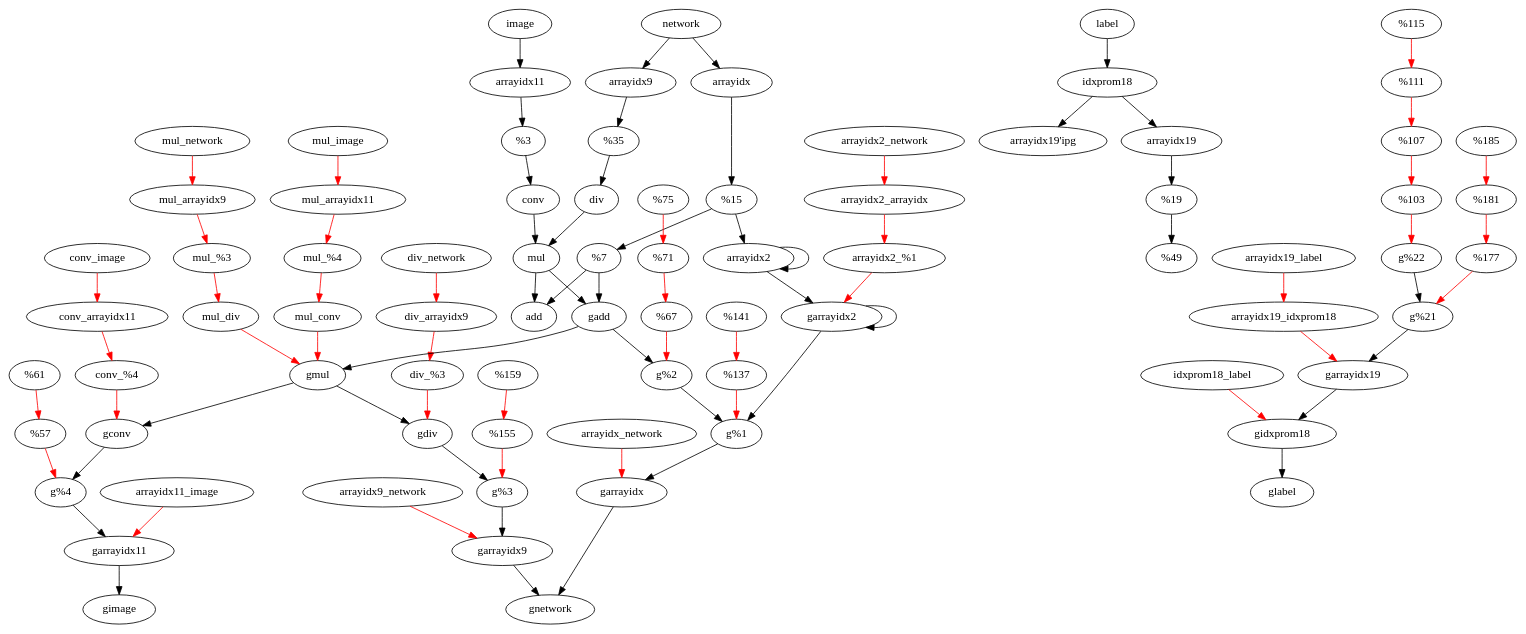
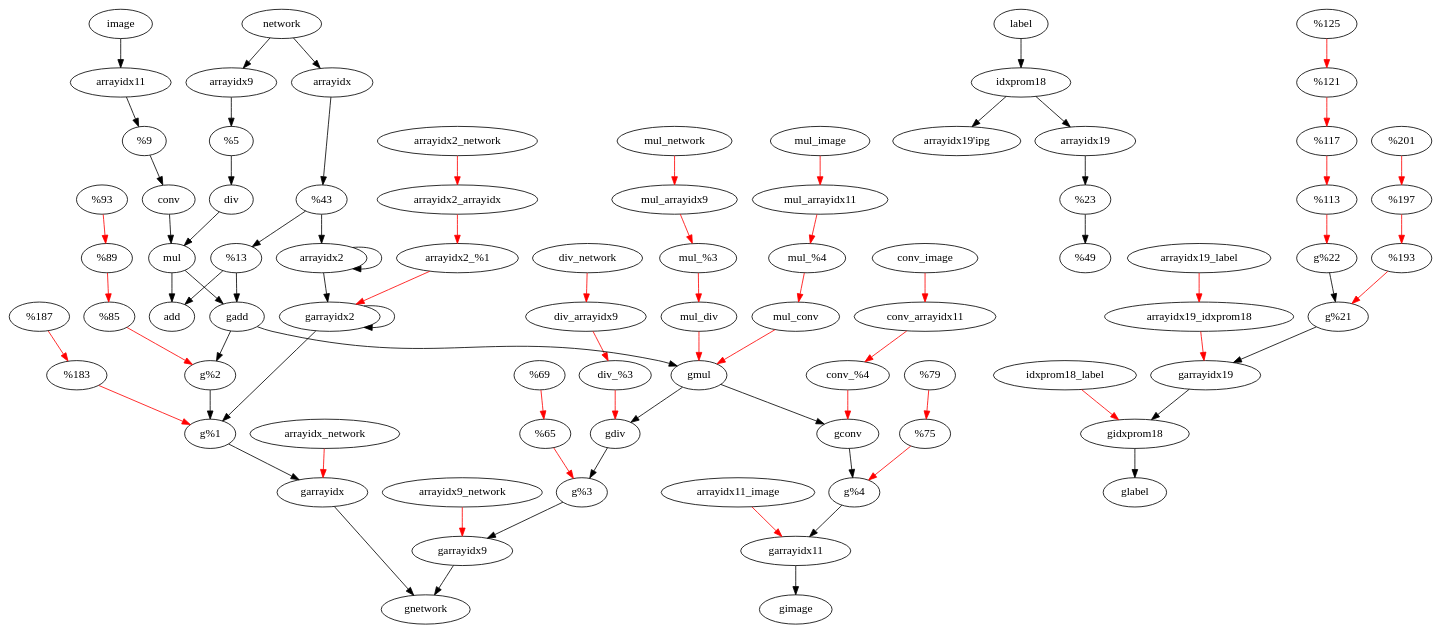
Before and after one commit to sfu-arch/Enzyme: the diagram in enzyme/benchmarks/nn/recompute.dot, drawn with Graphviz. The commit also changed other lines of this file and 5 other files, not shown here.

```diff
--- a/enzyme/benchmarks/nn/recompute.dot
+++ b/enzyme/benchmarks/nn/recompute.dot
@@ -1,87 +1,87 @@
 digraph G {
 	subgraph Forward {
+		"conv" -> "mul"
+		"%3" -> "div"
 		"%4" -> "conv"
 		"%2" -> "add"
+		"arrayidx9" -> "%3"
 		"idxprom18" -> "arrayidx19'ipg"
 		"idxprom18" -> "arrayidx19"
-		"arrayidx" -> "%1"
 		"arrayidx19" -> "%21"
 		"div" -> "mul"
+		"arrayidx2" -> "arrayidx2"
+		"mul" -> "add"
 		"image" -> "arrayidx11"
+		"network" -> "arrayidx"
 		"network" -> "arrayidx9"
-		"network" -> "arrayidx"
 		"label" -> "idxprom18"
 		"arrayidx11" -> "%4"
-		"arrayidx9" -> "%3"
+		"%1" -> "arrayidx2"
 		"%1" -> "%2"
-		"%1" -> "arrayidx2"
-		"conv" -> "mul"
-		"%3" -> "div"
-		"arrayidx2" -> "arrayidx2"
 		"%21" -> "%22"
-		"mul" -> "add"
+		"arrayidx" -> "%1"
 	}
 	subgraph Reverse {
+		"gconv" -> "g%4"
+		"conv_%4" -> "gconv"[color="red"]
+		"conv_arrayidx11" -> "conv_%4"[color="red"]
+		"conv_image" -> "conv_arrayidx11"[color="red"]
+		"g%3" -> "garrayidx9"
+		"%3_arrayidx9" -> "g%3"[color="red"]
+		"%3_network" -> "%3_arrayidx9"[color="red"]
 		"g%4" -> "garrayidx11"
 		"%4_arrayidx11" -> "g%4"[color="red"]
 		"%4_image" -> "%4_arrayidx11"[color="red"]
 		"g%2" -> "g%1"
 		"%2_%1" -> "g%2"[color="red"]
 		"%2_arrayidx" -> "%2_%1"[color="red"]
 		"%2_network" -> "%2_arrayidx"[color="red"]
+		"garrayidx9" -> "gnetwork"
+		"arrayidx9_network" -> "garrayidx9"[color="red"]
 		"gidxprom18" -> "glabel"
 		"idxprom18_label" -> "gidxprom18"[color="red"]
-		"garrayidx" -> "gnetwork"
-		"arrayidx_network" -> "garrayidx"[color="red"]
 		"garrayidx19" -> "gidxprom18"
 		"arrayidx19_idxprom18" -> "garrayidx19"[color="red"]
 		"arrayidx19_label" -> "arrayidx19_idxprom18"[color="red"]
-		"gdiv" -> "g%3"
-		"div_%3" -> "gdiv"[color="red"]
-		"div_arrayidx9" -> "div_%3"[color="red"]
-		"div_network" -> "div_arrayidx9"[color="red"]
 		"g%22" -> "g%21"
 		"%22_%21" -> "g%22"[color="red"]
 		"%22_arrayidx19" -> "%22_%21"[color="red"]
 		"%22_idxprom18" -> "%22_arrayidx19"[color="red"]
 		"%22_label" -> "%22_idxprom18"[color="red"]
-		"gadd" -> "gmul"
-		"mul" -> "gadd"
-		"gadd" -> "g%2"
-		"%2" -> "gadd"
-		"garrayidx11" -> "gimage"
-		"arrayidx11_image" -> "garrayidx11"[color="red"]
-		"garrayidx9" -> "gnetwork"
-		"arrayidx9_network" -> "garrayidx9"[color="red"]
-		"g%1" -> "garrayidx"
-		"%1_arrayidx" -> "g%1"[color="red"]
-		"%1_network" -> "%1_arrayidx"[color="red"]
-		"gconv" -> "g%4"
-		"conv_%4" -> "gconv"[color="red"]
-		"conv_arrayidx11" -> "conv_%4"[color="red"]
-		"conv_image" -> "conv_arrayidx11"[color="red"]
-		"g%3" -> "garrayidx9"
-		"%3_arrayidx9" -> "g%3"[color="red"]
-		"%3_network" -> "%3_arrayidx9"[color="red"]
+		"gdiv" -> "g%3"
+		"div_%3" -> "gdiv"[color="red"]
+		"div_arrayidx9" -> "div_%3"[color="red"]
+		"div_network" -> "div_arrayidx9"[color="red"]
+		"garrayidx2" -> "garrayidx2"
+		"arrayidx2" -> "garrayidx2"
 		"garrayidx2" -> "g%1"
 		"arrayidx2_%1" -> "garrayidx2"[color="red"]
 		"arrayidx2_arrayidx" -> "arrayidx2_%1"[color="red"]
 		"arrayidx2_network" -> "arrayidx2_arrayidx"[color="red"]
-		"garrayidx2" -> "garrayidx2"
-		"arrayidx2" -> "garrayidx2"
-		"g%21" -> "garrayidx19"
-		"%21_arrayidx19" -> "g%21"[color="red"]
-		"%21_idxprom18" -> "%21_arrayidx19"[color="red"]
-		"%21_label" -> "%21_idxprom18"[color="red"]
 		"gmul" -> "gconv"
 		"mul_conv" -> "gmul"[color="red"]
 		"mul_%4" -> "mul_conv"[color="red"]
 		"mul_arrayidx11" -> "mul_%4"[color="red"]
 		"mul_image" -> "mul_arrayidx11"[color="red"]
 		"gmul" -> "gdiv"
 		"mul_div" -> "gmul"[color="red"]
 		"mul_%3" -> "mul_div"[color="red"]
 		"mul_arrayidx9" -> "mul_%3"[color="red"]
 		"mul_network" -> "mul_arrayidx9"[color="red"]
+		"gadd" -> "g%2"
+		"%2" -> "gadd"
+		"gadd" -> "gmul"
+		"mul" -> "gadd"
+		"garrayidx11" -> "gimage"
+		"arrayidx11_image" -> "garrayidx11"[color="red"]
+		"g%1" -> "garrayidx"
+		"%1_arrayidx" -> "g%1"[color="red"]
+		"%1_network" -> "%1_arrayidx"[color="red"]
+		"g%21" -> "garrayidx19"
+		"%21_arrayidx19" -> "g%21"[color="red"]
+		"%21_idxprom18" -> "%21_arrayidx19"[color="red"]
+		"%21_label" -> "%21_idxprom18"[color="red"]
+		"garrayidx" -> "gnetwork"
+		"arrayidx_network" -> "garrayidx"[color="red"]
 	}
 }
```
